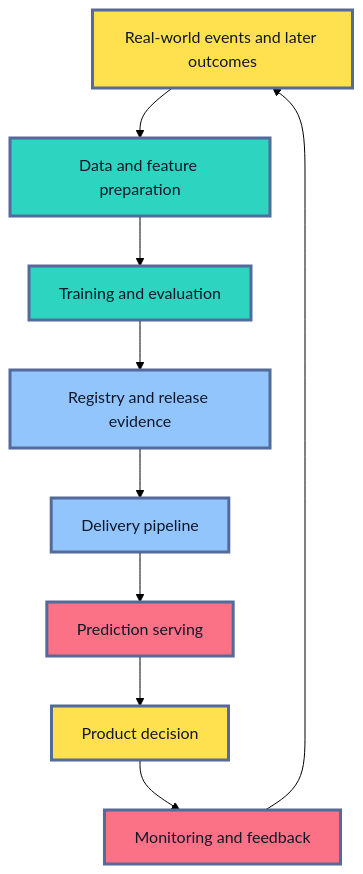
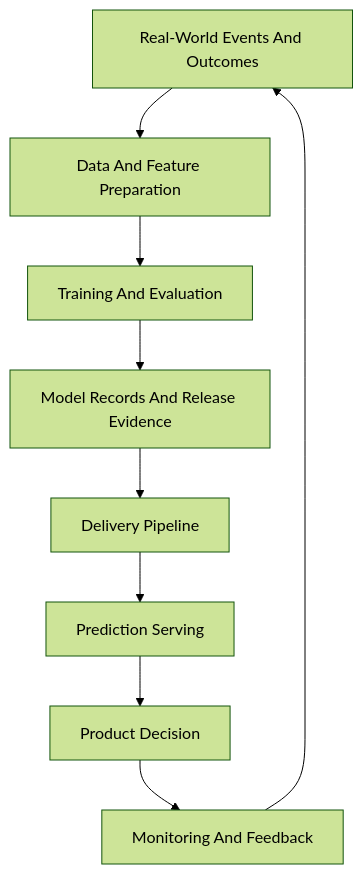
One commit to senlinyy/dev-roadmaps changed the first of 6 diagrams in roadmaps/mlops/modules/mlops-foundations/architecture-basics/01-simple-mlops-architecture.md. Above: the diagram before and after it, drawn with Mermaid (forest theme). The commit also changed other lines of this file and 152 other files, not shown here.

Commit message:
feat: mlops and diagrams updated

````diff
--- a/roadmaps/mlops/modules/mlops-foundations/architecture-basics/01-simple-mlops-architecture.md
+++ b/roadmaps/mlops/modules/mlops-foundations/architecture-basics/01-simple-mlops-architecture.md
@@ -41,20 +41,16 @@
 ```mermaid
 flowchart TD
-    A["Real-world events and later outcomes"] --> B["Data and feature preparation"]
-    B --> C["Training and evaluation"]
-    C --> D["Registry and release evidence"]
-    D --> E["Delivery pipeline"]
-    E --> F["Prediction serving"]
-    F --> G["Product decision"]
-    G --> H["Monitoring and feedback"]
+    A["Real-World Events And Outcomes"] --> B["Data And Feature Preparation"]
+    B --> C["Training And Evaluation"]
+    C --> D["Model Records And Release Evidence"]
+    D --> E["Delivery Pipeline"]
+    E --> F["Prediction Serving"]
+    F --> G["Product Decision"]
+    G --> H["Monitoring And Feedback"]
     H --> A
 
-    classDef world fill:#FFE04F,stroke:#536A9A,stroke-width:3px,color:#111827
-    classDef build fill:#2DD4BF,stroke:#536A9A,stroke-width:3px,color:#0F172A
-    classDef control fill:#93C5FD,stroke:#536A9A,stroke-width:3px,color:#0F172A
-    classDef operate fill:#FB7185,stroke:#536A9A,stroke-width:3px,color:#111827
     class A,G world
     class B,C build
     class D,E control
     class F,H operate
 ```
````
